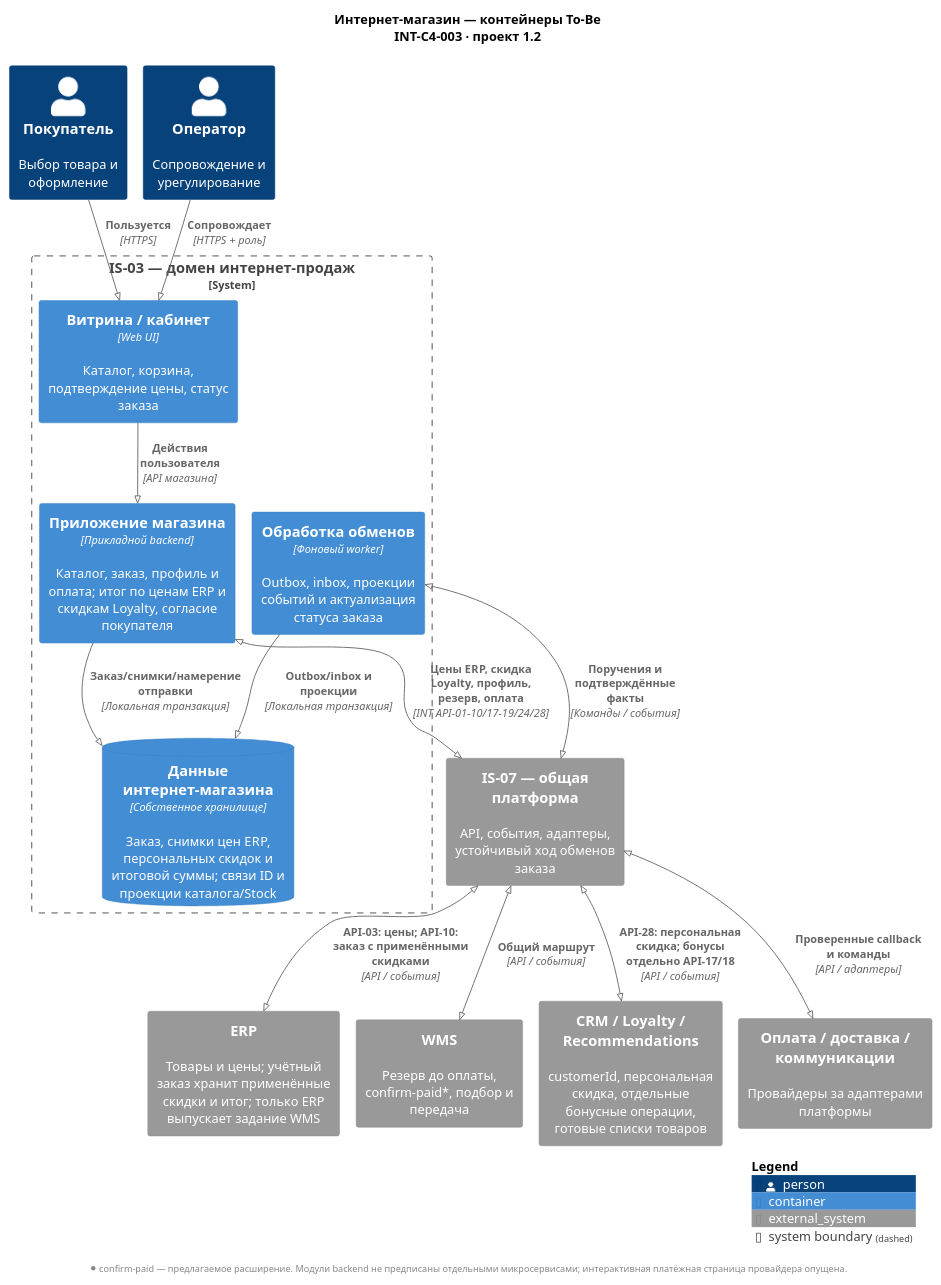
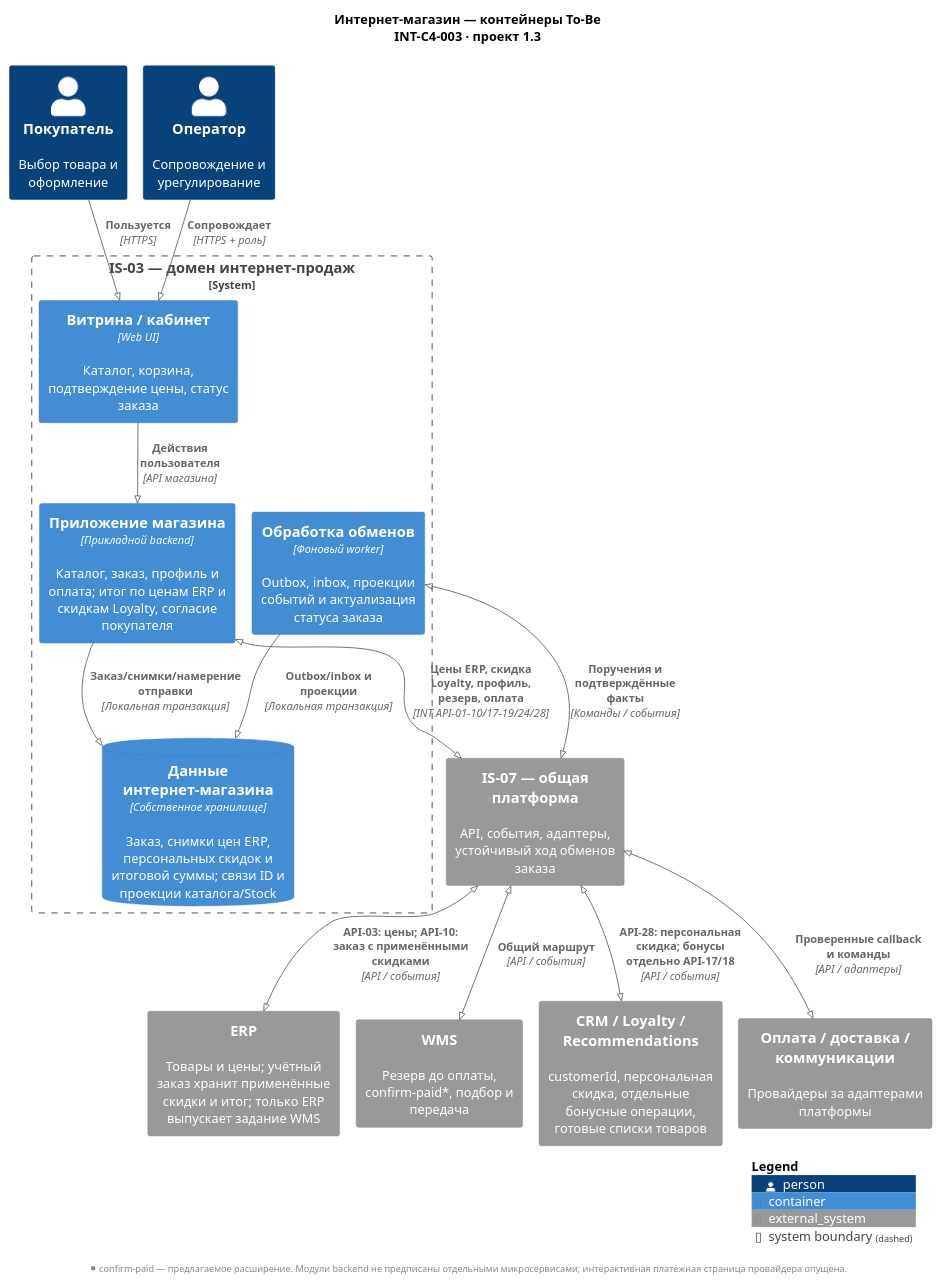
One commit to rsingatulin/hse_architecture changed the diagram in 06_integration_architecture/diagrams/INT-C4-003-ecommerce.puml. Above: the diagram before and after it, drawn with PlantUML. The commit also changed 28 other files, not shown here.

```diff
--- a/06_integration_architecture/diagrams/INT-C4-003-ecommerce.puml
+++ b/06_integration_architecture/diagrams/INT-C4-003-ecommerce.puml
@@ -1,34 +1,34 @@
 @startuml INT-C4-003-ecommerce
 !pragma layout smetana
 !include <C4/C4_Container>
 LAYOUT_TOP_DOWN()
 skinparam defaultFontName Arial
 skinparam backgroundColor white
-title Интернет-магазин — контейнеры To-Be\nINT-C4-003 · проект 1.2
+title Интернет-магазин — контейнеры To-Be\nINT-C4-003 · проект 1.3
 Person(buyer, "Покупатель", "Выбор товара и оформление")
 Person(operator, "Оператор", "Сопровождение и урегулирование")
 System_Boundary(ec, "IS-03 — домен интернет-продаж") {
  Container(web, "Витрина / кабинет", "Web UI", "Каталог, корзина, подтверждение цены, статус заказа")
  Container(app, "Приложение магазина", "Прикладной backend", "Каталог, заказ, профиль и оплата; итог по ценам ERP и скидкам Loyalty, согласие покупателя")
  Container(worker, "Обработка обменов", "Фоновый worker", "Outbox, inbox, проекции событий и актуализация статуса заказа")
  ContainerDb(db, "Данные интернет-магазина", "Собственное хранилище", "Заказ, снимки цен ERP, персональных скидок и итоговой суммы; связи ID и проекции каталога/Stock")
 }
 System_Ext(ip, "IS-07 — общая платформа", "API, события, адаптеры, устойчивый ход обменов заказа")
 System_Ext(erp, "ERP", "Товары и цены; учётный заказ хранит применённые скидки и итог; только ERP выпускает задание WMS")
 System_Ext(wms, "WMS", "Резерв до оплаты, confirm-paid*, подбор и передача")
 System_Ext(ret, "CRM / Loyalty / Recommendations", "customerId, персональная скидка, отдельные бонусные операции, готовые списки товаров")
 System_Ext(providers, "Оплата / доставка / коммуникации", "Провайдеры за адаптерами платформы")
 Rel(buyer, web, "Пользуется", "HTTPS")
 Rel(operator, web, "Сопровождает", "HTTPS + роль")
 Rel(web, app, "Действия пользователя", "API магазина")
 Rel(app, db, "Заказ/снимки/намерение отправки", "Локальная транзакция")
 Rel(worker, db, "Outbox/inbox и проекции", "Локальная транзакция")
 BiRel(app, ip, "Цены ERP, скидка Loyalty, профиль, резерв, оплата", "INT API-01–10/17–19/24/28")
 BiRel(worker, ip, "Поручения и подтверждённые факты", "Команды / события")
 BiRel(ip, erp, "API-03: цены; API-10: заказ с применёнными скидками", "API / события")
 BiRel(ip, wms, "Общий маршрут", "API / события")
 BiRel(ip, ret, "API-28: персональная скидка; бонусы отдельно API-17/18", "API / события")
 BiRel(ip, providers, "Проверенные callback и команды", "API / адаптеры")
 SHOW_LEGEND()
 footer * confirm-paid — предлагаемое расширение. Модули backend не предписаны отдельными микросервисами; интерактивная платёжная страница провайдера опущена.
 @enduml
```
